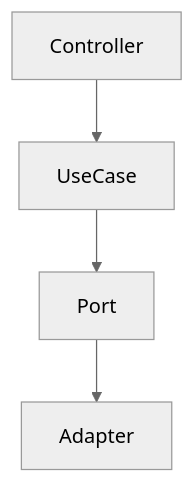
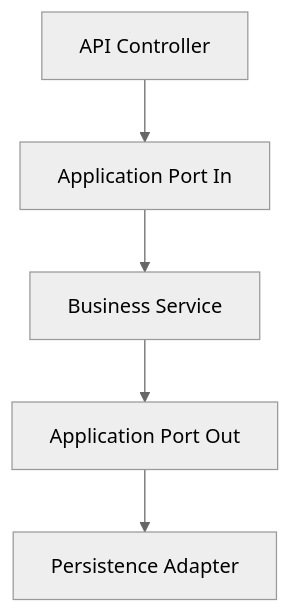
Before and after one commit to AlbertoVilar/caprigestor-backend: the diagram in docs/01-architecture/ARCHITECTURE.md, drawn with Mermaid (neutral theme). The commit also changed other lines of this file and 3 other files, not shown here.

Commit message:
docs_polish_architecture_and_gates

````diff
--- a/docs/01-architecture/ARCHITECTURE.md
+++ b/docs/01-architecture/ARCHITECTURE.md
@@ -14,6 +9,7 @@
 ```mermaid
 graph TD
-    Controller --> UseCase
-    UseCase --> Port
-    Port --> Adapter
+    Controller[API Controller] --> InPort[Application Port In]
+    InPort --> Business[Business Service]
+    Business --> OutPort[Application Port Out]
+    OutPort --> Adapter[Persistence Adapter]
 ```
````
